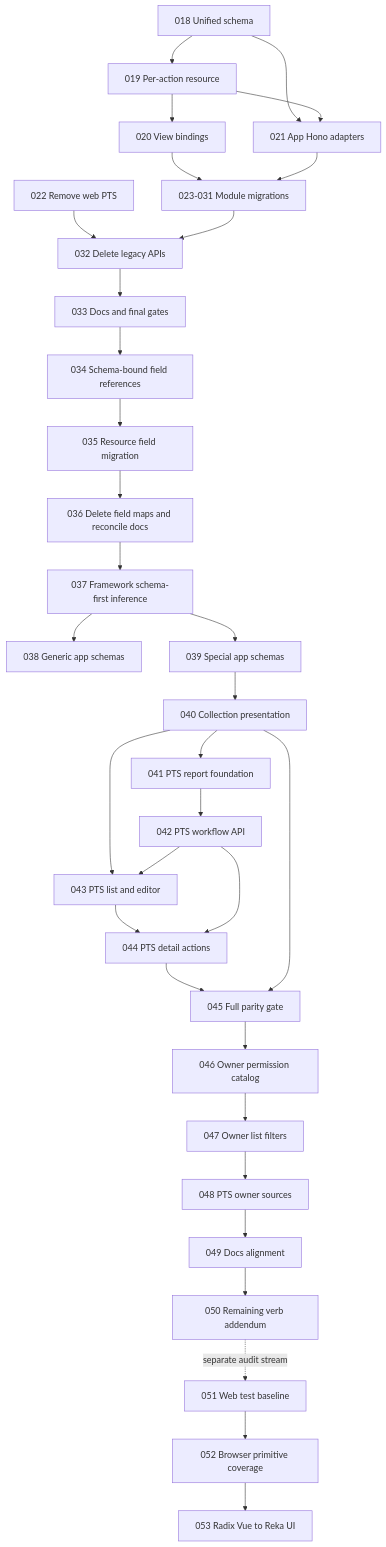
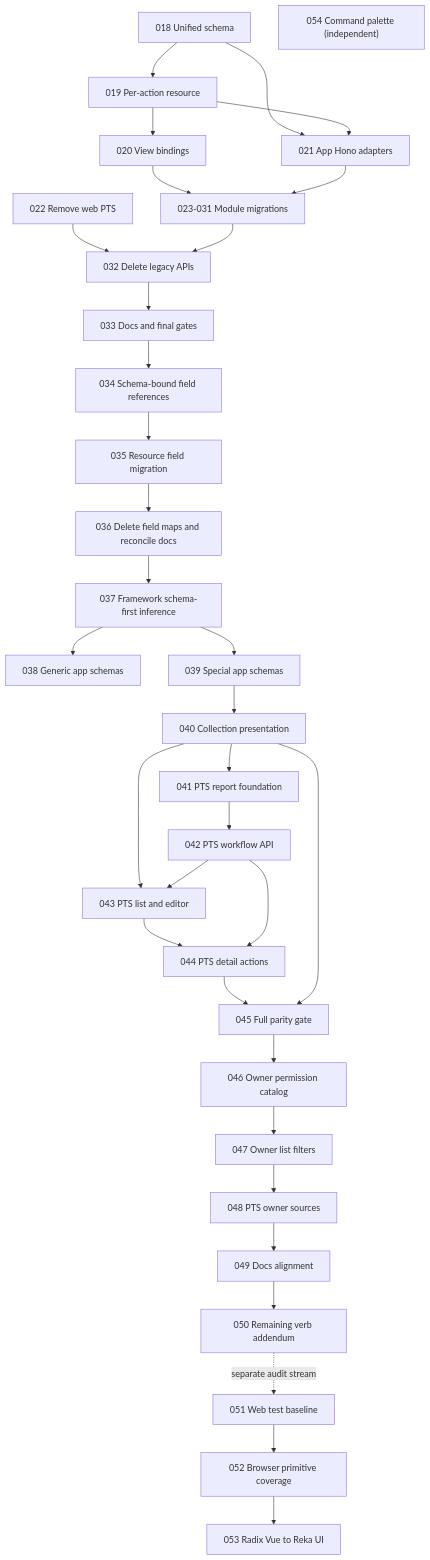
One commit to southneuhof/carta changed the diagram in plans/README.md. Above: the diagram before and after it, drawn with Mermaid. The commit also changed other lines of this file and 7 other files, not shown here.

````diff
--- a/plans/README.md
+++ b/plans/README.md
@@ -59,35 +63,36 @@
 ```mermaid
 flowchart TD
   S["018 Unified schema"] --> R["019 Per-action resource"]
   R --> V["020 View bindings"]
   S --> H["021 App Hono adapters"]
   R --> H
   V --> M["023-031 Module migrations"]
   H --> M
   P["022 Remove web PTS"] --> C["032 Delete legacy APIs"]
   M --> C
   C --> D["033 Docs and final gates"]
   D --> F["034 Schema-bound field references"]
   F --> FM["035 Resource field migration"]
   FM --> FD["036 Delete field maps and reconcile docs"]
   FD --> Z["037 Framework schema-first inference"]
   Z --> ZG["038 Generic app schemas"]
   Z --> ZS["039 Special app schemas"]
   ZS --> C40["040 Collection presentation"]
   C40 --> P41["041 PTS report foundation"]
   P41 --> P42["042 PTS workflow API"]
   C40 --> P43["043 PTS list and editor"]
   P42 --> P43
   P43 --> P44["044 PTS detail actions"]
   P42 --> P44
   P44 --> P45["045 Full parity gate"]
   C40 --> P45
   P45 --> P46["046 Owner permission catalog"]
   P46 --> P47["047 Owner list filters"]
   P47 --> P48["048 PTS owner sources"]
   P48 --> P49["049 Docs alignment"]
   P49 --> P50["050 Remaining verb addendum"]
   P50 -. separate audit stream .-> B51["051 Web test baseline"]
   B51 --> B52["052 Browser primitive coverage"]
   B52 --> B53["053 Radix Vue to Reka UI"]
+  CP54["054 Command palette (independent)"]
 ```
````
